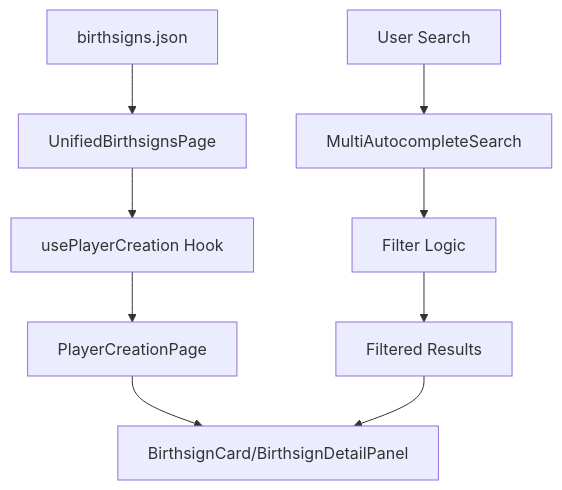
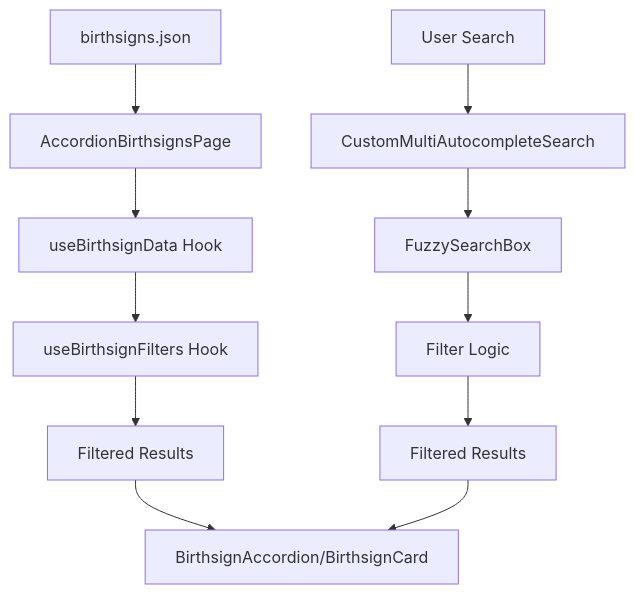
One commit to BardicNoel/lorerim-arcaneum changed the diagram in src/features/birthsigns/birthsigns-feature-doc.md. Above: the diagram before and after it, drawn with Mermaid. The commit also changed other lines of this file and 1 other file, not shown here.

````diff
--- a/src/features/birthsigns/birthsigns-feature-doc.md
+++ b/src/features/birthsigns/birthsigns-feature-doc.md
@@ -117,12 +132,14 @@
 ```mermaid
 graph TD
-    A[birthsigns.json] --> B[UnifiedBirthsignsPage]
-    B --> C[usePlayerCreation Hook]
-    C --> D[PlayerCreationPage]
-    D --> E[BirthsignCard/BirthsignDetailPanel]
-    
-    F[User Search] --> G[MultiAutocompleteSearch]
-    G --> H[Filter Logic]
-    H --> I[Filtered Results]
-    I --> E
+    A[birthsigns.json] --> B[AccordionBirthsignsPage]
+    B --> C[useBirthsignData Hook]
+    C --> D[useBirthsignFilters Hook]
+    D --> E[Filtered Results]
+    E --> F[BirthsignAccordion/BirthsignCard]
+
+    G[User Search] --> H[CustomMultiAutocompleteSearch]
+    H --> I[FuzzySearchBox]
+    I --> J[Filter Logic]
+    J --> K[Filtered Results]
+    K --> F
 ```
````
